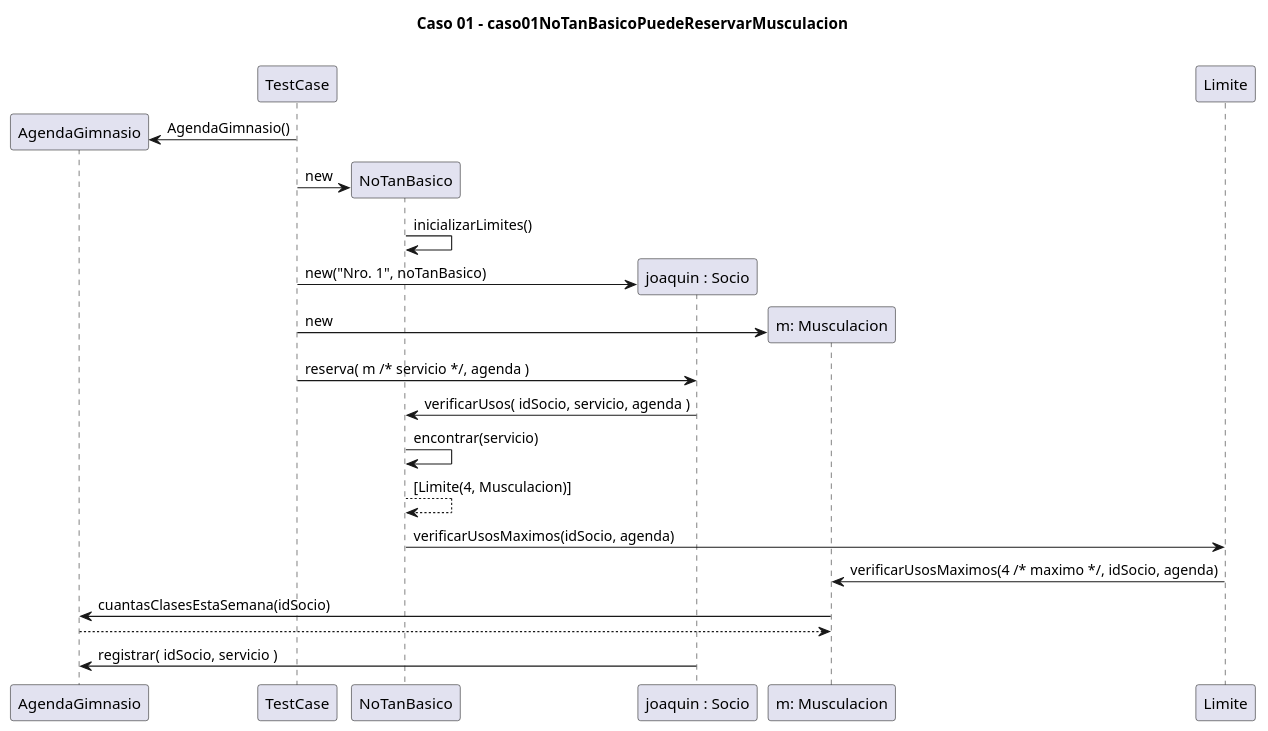
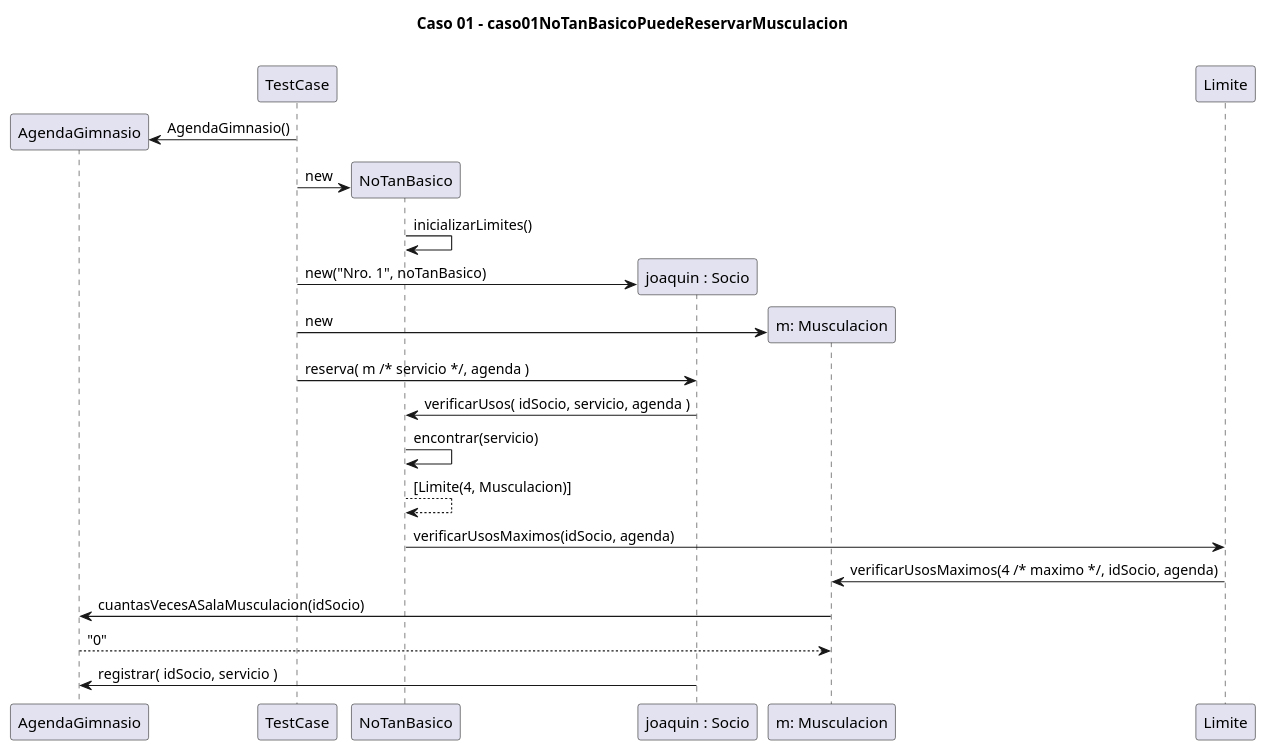
Before and after one commit to fiuba/algo3_gym: the diagram in diagrams/ds_caso_01.plantuml, drawn with PlantUML.

Commit message:
Arreglo caso 1

```diff
--- a/diagrams/ds_caso_01.plantuml
+++ b/diagrams/ds_caso_01.plantuml
@@ -1,28 +1,28 @@
 @startuml
 
 title "Caso 01 - caso01NoTanBasicoPuedeReservarMusculacion\n"
 
 create AgendaGimnasio
 TestCase -> AgendaGimnasio: AgendaGimnasio()
 
 create NoTanBasico
 TestCase -> NoTanBasico: new
 NoTanBasico -> NoTanBasico: inicializarLimites()
 
 create "joaquin : Socio"
 TestCase -> "joaquin : Socio": new("Nro. 1", noTanBasico)
 
 create "m: Musculacion"
 TestCase -> "m: Musculacion": new
 TestCase -> "joaquin : Socio": reserva( m /* servicio */, agenda )
 "joaquin : Socio" -> NoTanBasico: verificarUsos( idSocio, servicio, agenda )
 NoTanBasico -> NoTanBasico: encontrar(servicio)
 return [Limite(4, Musculacion)]
 NoTanBasico -> Limite: verificarUsosMaximos(idSocio, agenda)
 Limite -> "m: Musculacion": verificarUsosMaximos(4 /* maximo */, idSocio, agenda)
-"m: Musculacion" -> AgendaGimnasio: cuantasClasesEstaSemana(idSocio)
-return
+"m: Musculacion" -> AgendaGimnasio: cuantasVecesASalaMusculacion(idSocio)
+return "0"
 
 "joaquin : Socio" -> AgendaGimnasio: registrar( idSocio, servicio )
 
 @enduml
```
